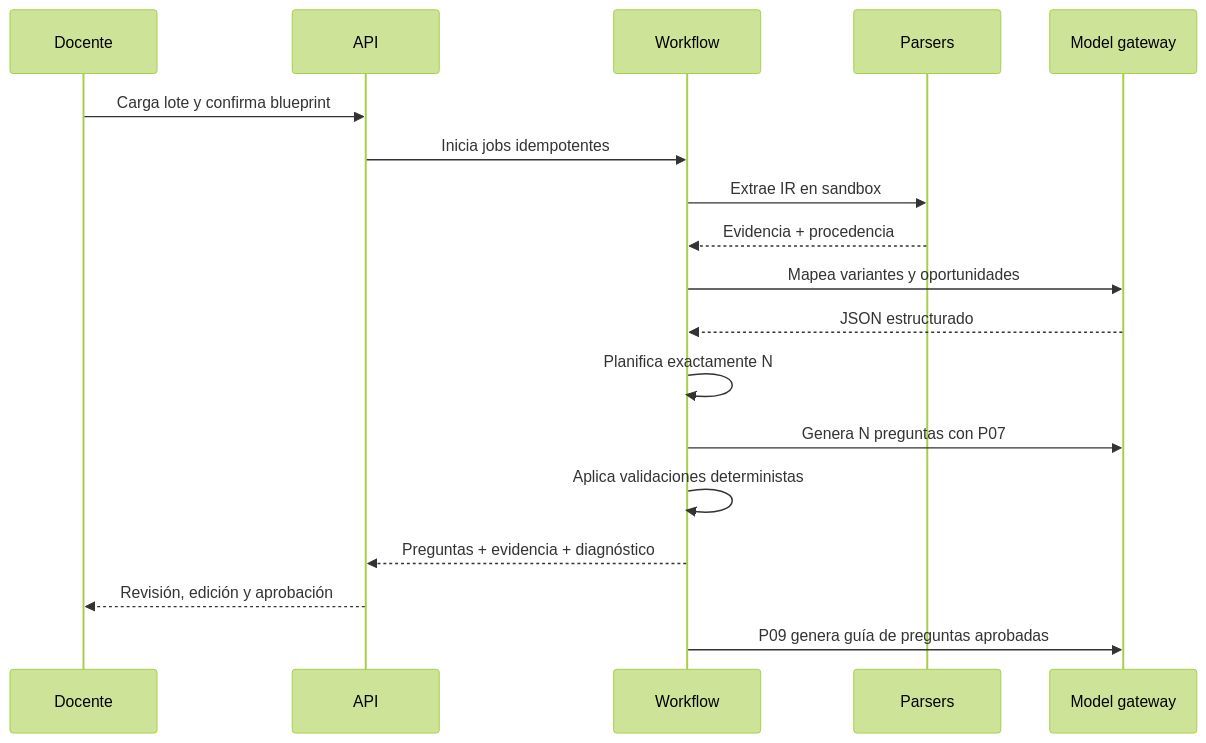
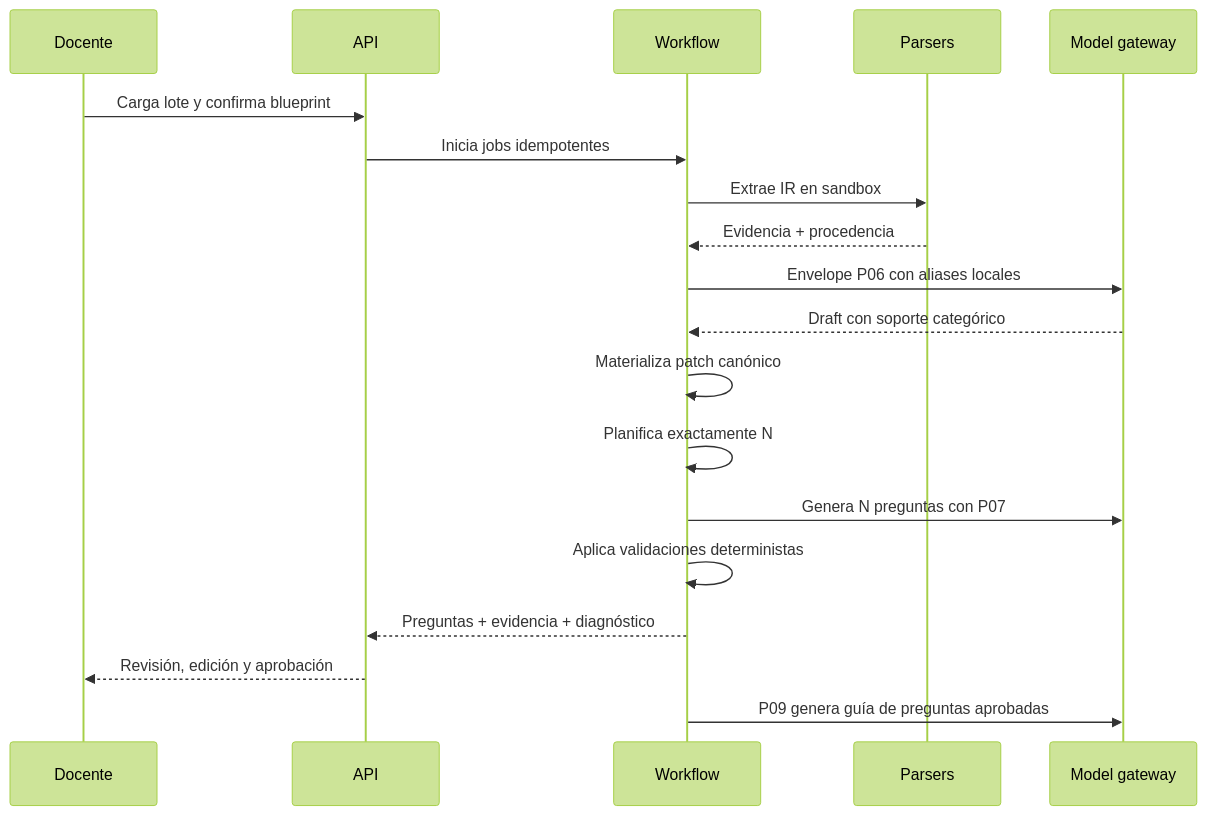
The sixth of 6 diagrams in specification/00_Especificacion_Arquitectura_v1.1(1).md (WilJms/PruebasPersonalizadas), drawn with Mermaid (forest theme) before and after one commit. The commit also changed other lines of this file and 42 other files, not shown here.

````diff
--- a/specification/00_Especificacion_Arquitectura_v1.1(1).md
+++ b/specification/00_Especificacion_Arquitectura_v1.1(1).md
@@ -575,20 +583,21 @@
 ```mermaid
 sequenceDiagram
     participant D as Docente
     participant A as API
     participant W as Workflow
     participant P as Parsers
     participant M as Model gateway
     D->>A: Carga lote y confirma blueprint
     A->>W: Inicia jobs idempotentes
     W->>P: Extrae IR en sandbox
     P-->>W: Evidencia + procedencia
-    W->>M: Mapea variantes y oportunidades
-    M-->>W: JSON estructurado
+    W->>M: Envelope P06 con aliases locales
+    M-->>W: Draft con soporte categórico
+    W->>W: Materializa patch canónico
     W->>W: Planifica exactamente N
     W->>M: Genera N preguntas con P07
     W->>W: Aplica validaciones deterministas
     W-->>A: Preguntas + evidencia + diagnóstico
     A-->>D: Revisión, edición y aprobación
     W->>M: P09 genera guía de preguntas aprobadas
 ```
````
